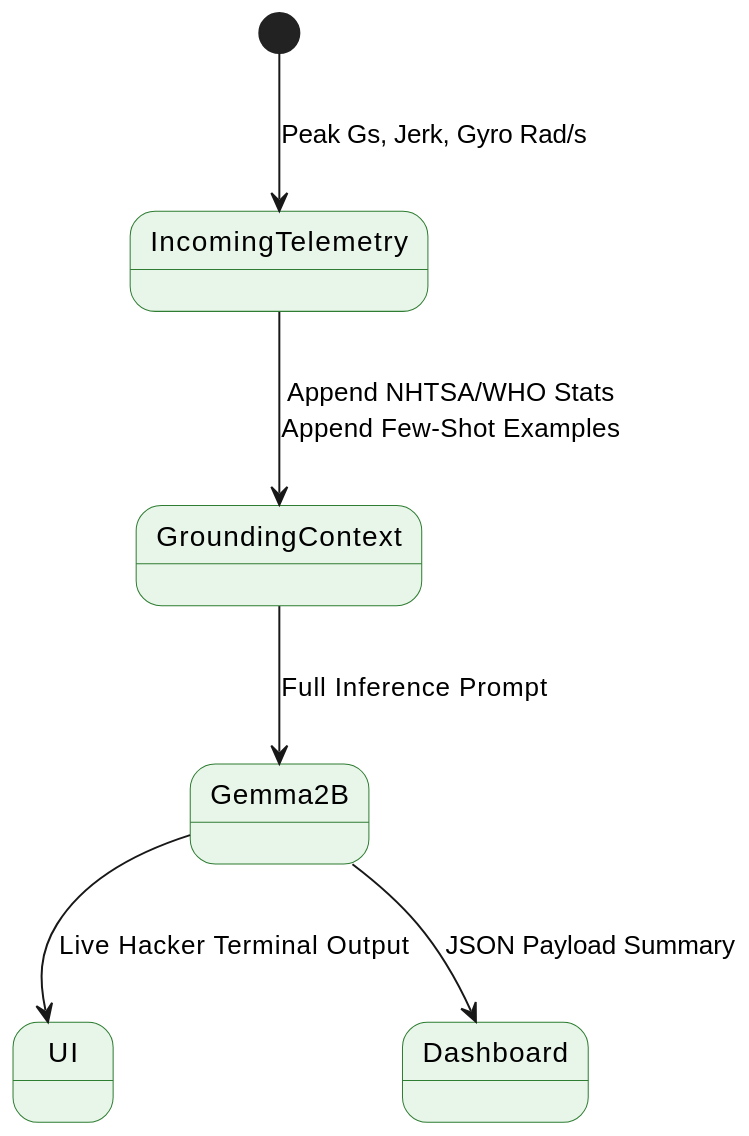
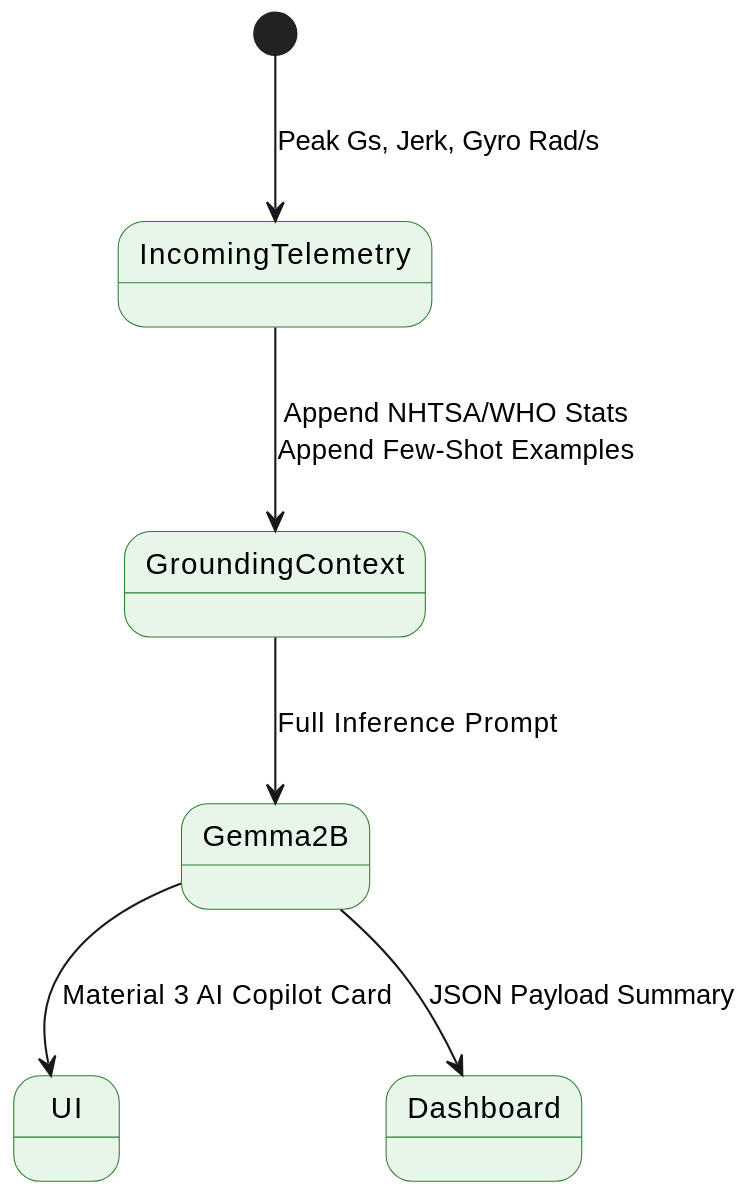
One commit to CodeWithRJ006/rakshak changed the second of 2 diagrams in README.md. Above: the diagram before and after it, drawn with PlantUML. The commit also changed other lines of this file and 4 other files, not shown here.

````diff
--- a/README.md
+++ b/README.md
@@ -66,13 +68,13 @@
 ```plantuml
 @startuml
 scale 600 width
 skinparam stateBackgroundColor #E8F5E9
 skinparam stateBorderColor #2E7D32
 
 [*] --> IncomingTelemetry : Peak Gs, Jerk, Gyro Rad/s
 IncomingTelemetry --> GroundingContext : Append NHTSA/WHO Stats\nAppend Few-Shot Examples
 GroundingContext --> Gemma2B : Full Inference Prompt
-Gemma2B --> UI : Live Hacker Terminal Output
+Gemma2B --> UI : Material 3 AI Copilot Card
 Gemma2B --> Dashboard : JSON Payload Summary
 @enduml
 ```
````
